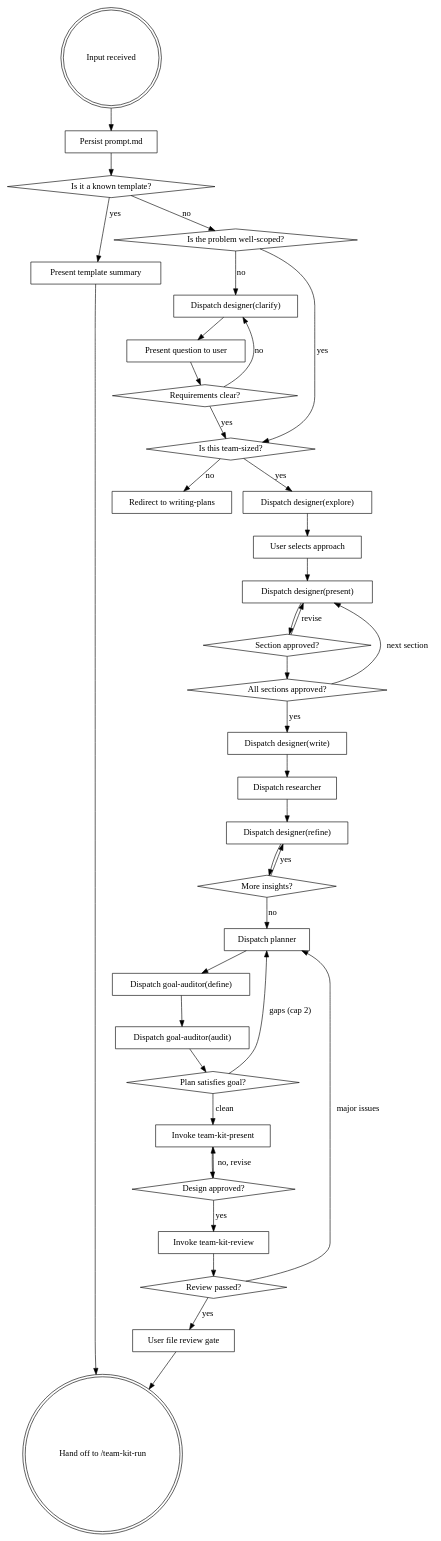
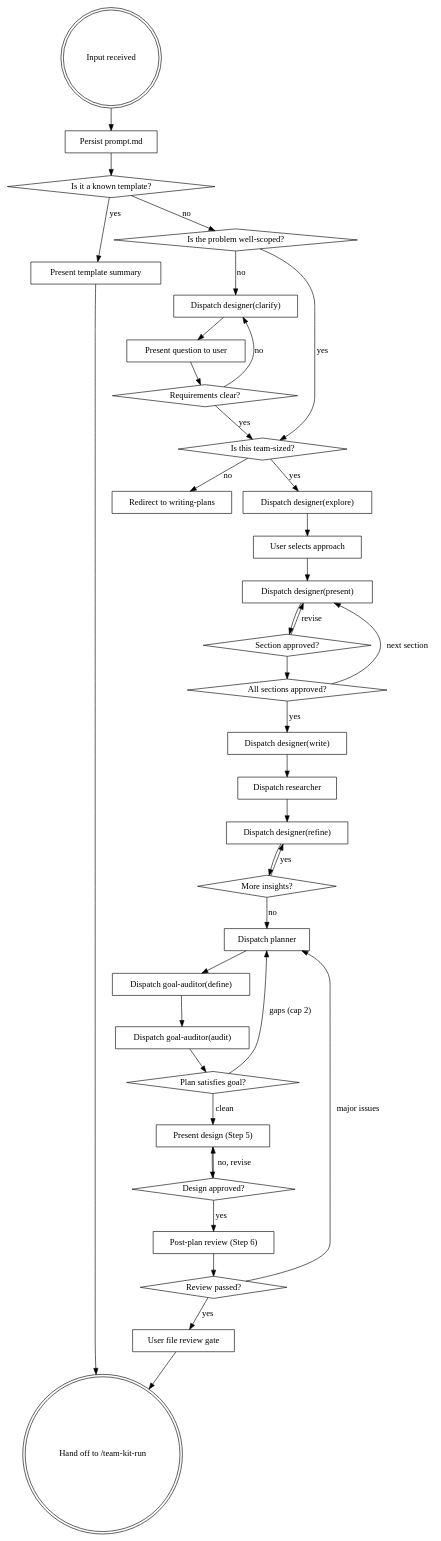
One commit to samelie/claude-plugin-pnpm changed the diagram in skills/team-kit-create/SKILL.md. Above: the diagram before and after it, drawn with Graphviz. The commit also changed other lines of this file and 36 other files, not shown here.

````diff
--- a/skills/team-kit-create/SKILL.md
+++ b/skills/team-kit-create/SKILL.md
@@ -50,71 +38,71 @@
 ```dot
 digraph team_kit_create {
   "Input received" [shape=doublecircle];
   "Persist prompt.md" [shape=box];
   "Is it a known template?" [shape=diamond];
   "Present template summary" [shape=box];
   "Is the problem well-scoped?" [shape=diamond];
   "Dispatch designer(clarify)" [shape=box];
   "Present question to user" [shape=box];
   "Requirements clear?" [shape=diamond];
   "Is this team-sized?" [shape=diamond];
   "Redirect to writing-plans" [shape=box];
   "Dispatch designer(explore)" [shape=box];
   "User selects approach" [shape=box];
   "Dispatch designer(present)" [shape=box];
   "Section approved?" [shape=diamond];
   "All sections approved?" [shape=diamond];
   "Dispatch designer(write)" [shape=box];
   "Dispatch researcher" [shape=box];
   "Dispatch designer(refine)" [shape=box];
   "More insights?" [shape=diamond];
   "Dispatch planner" [shape=box];
   "Dispatch goal-auditor(define)" [shape=box];
   "Dispatch goal-auditor(audit)" [shape=box];
   "Plan satisfies goal?" [shape=diamond];
-  "Invoke team-kit-present" [shape=box];
+  "Present design (Step 5)" [shape=box];
   "Design approved?" [shape=diamond];
-  "Invoke team-kit-review" [shape=box];
+  "Post-plan review (Step 6)" [shape=box];
   "Review passed?" [shape=diamond];
   "User file review gate" [shape=box];
   "Hand off to /team-kit-run" [shape=doublecircle];
 
   "Input received" -> "Persist prompt.md";
   "Persist prompt.md" -> "Is it a known template?";
   "Is it a known template?" -> "Present template summary" [label="yes"];
   "Present template summary" -> "Hand off to /team-kit-run";
   "Is it a known template?" -> "Is the problem well-scoped?" [label="no"];
   "Is the problem well-scoped?" -> "Dispatch designer(clarify)" [label="no"];
   "Dispatch designer(clarify)" -> "Present question to user";
   "Present question to user" -> "Requirements clear?";
   "Requirements clear?" -> "Dispatch designer(clarify)" [label="no"];
   "Requirements clear?" -> "Is this team-sized?" [label="yes"];
   "Is the problem well-scoped?" -> "Is this team-sized?" [label="yes"];
   "Is this team-sized?" -> "Redirect to writing-plans" [label="no"];
   "Is this team-sized?" -> "Dispatch designer(explore)" [label="yes"];
   "Dispatch designer(explore)" -> "User selects approach";
   "User selects approach" -> "Dispatch designer(present)";
   "Dispatch designer(present)" -> "Section approved?";
   "Section approved?" -> "Dispatch designer(present)" [label="revise"];
   "Section approved?" -> "All sections approved?";
   "All sections approved?" -> "Dispatch designer(present)" [label="next section"];
   "All sections approved?" -> "Dispatch designer(write)" [label="yes"];
   "Dispatch designer(write)" -> "Dispatch researcher";
   "Dispatch researcher" -> "Dispatch designer(refine)";
   "Dispatch designer(refine)" -> "More insights?";
   "More insights?" -> "Dispatch designer(refine)" [label="yes"];
   "More insights?" -> "Dispatch planner" [label="no"];
   "Dispatch planner" -> "Dispatch goal-auditor(define)";
   "Dispatch goal-auditor(define)" -> "Dispatch goal-auditor(audit)";
   "Dispatch goal-auditor(audit)" -> "Plan satisfies goal?";
   "Plan satisfies goal?" -> "Dispatch planner" [label="gaps (cap 2)"];
-  "Plan satisfies goal?" -> "Invoke team-kit-present" [label="clean"];
-  "Invoke team-kit-present" -> "Design approved?";
-  "Design approved?" -> "Invoke team-kit-present" [label="no, revise"];
-  "Design approved?" -> "Invoke team-kit-review" [label="yes"];
-  "Invoke team-kit-review" -> "Review passed?";
+  "Plan satisfies goal?" -> "Present design (Step 5)" [label="clean"];
+  "Present design (Step 5)" -> "Design approved?";
+  "Design approved?" -> "Present design (Step 5)" [label="no, revise"];
+  "Design approved?" -> "Post-plan review (Step 6)" [label="yes"];
+  "Post-plan review (Step 6)" -> "Review passed?";
   "Review passed?" -> "Dispatch planner" [label="major issues"];
   "Review passed?" -> "User file review gate" [label="yes"];
   "User file review gate" -> "Hand off to /team-kit-run";
 }
 ```
````
